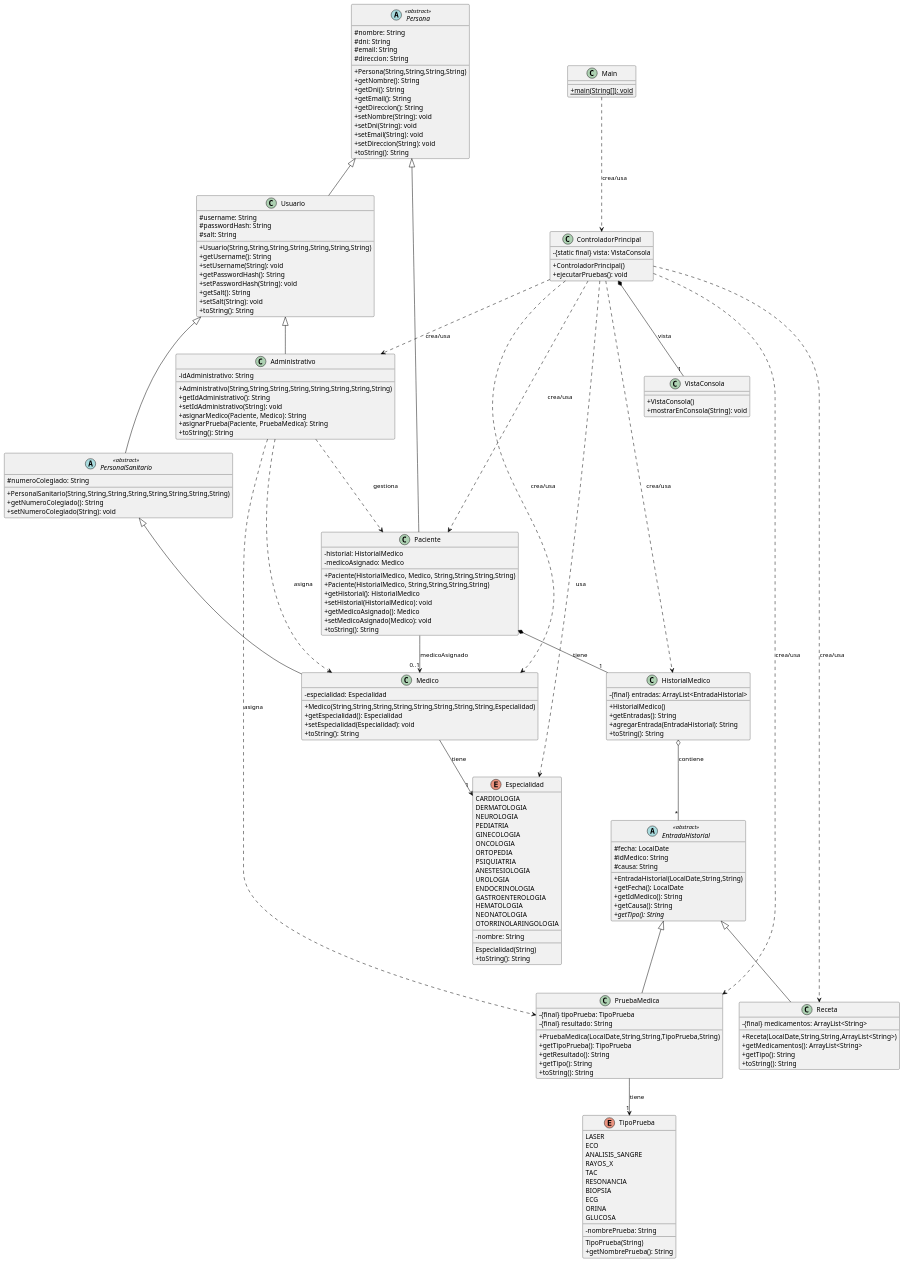
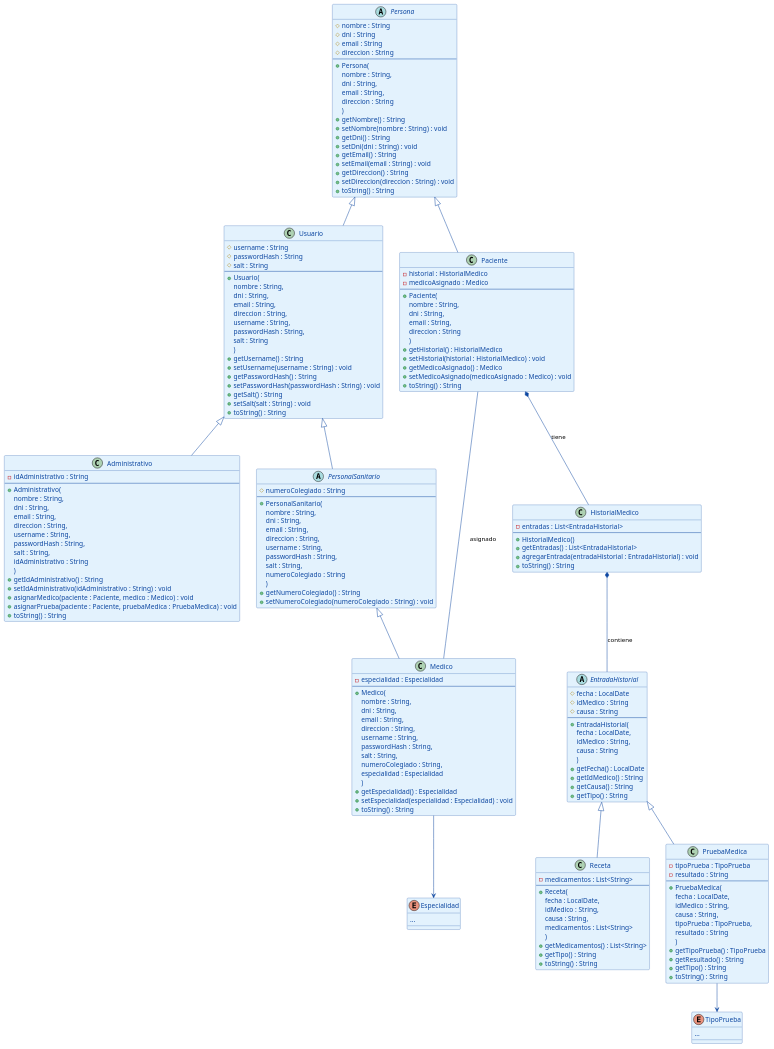
Before and after one commit to NoPinguino/ProyectoSecMed: the diagram in diagrama.puml, drawn with PlantUML.

Commit message:
diagrama.puml actualizado con el contenido de las clases y sus relaciones

```diff
--- a/diagrama.puml
+++ b/diagrama.puml
@@ -1,192 +1,238 @@
-@startuml SecMec
+@startuml
 
-skinparam classAttributeIconSize 0
-skinparam backgroundColor white
+' Estilos globales
 skinparam class {
-    BackgroundColor<<abstract>> #F0F0F0
-    BorderColor #000000
-    ArrowColor #000000
+    BackgroundColor #E3F2FD
+    BorderColor #0D47A1
+    ArrowColor #0D47A1
+    FontName Arial
+    FontSize 14
+    AttributeFontColor #0D47A1
+    MethodFontColor #1565C0
+    Shadowing true
+    Rounded true
+}
+abstract class Persona {
+    # nombre : String
+    # dni : String
+    # email : String
+    # direccion : String
+    --
+    + Persona(
+        nombre : String,
+        dni : String,
+        email : String,
+        direccion : String
+    )
+    + getNombre() : String
+    + setNombre(nombre : String) : void
+    + getDni() : String
+    + setDni(dni : String) : void
+    + getEmail() : String
+    + setEmail(email : String) : void
+    + getDireccion() : String
+    + setDireccion(direccion : String) : void
+    + toString() : String
 }
 
-' ===== CLASES ABSTRACTAS =====
-abstract class Persona <<abstract>> {
-  # nombre: String
-  # dni: String
-  # email: String
-  # direccion: String
-  __
-  + Persona(String,String,String,String)
-  + getNombre(): String
-  + getDni(): String
-  + getEmail(): String
-  + getDireccion(): String
-  + setNombre(String): void
-  + setDni(String): void
-  + setEmail(String): void
-  + setDireccion(String): void
-  + toString(): String
+class Usuario {
+    # username : String
+    # passwordHash : String
+    # salt : String
+    --
+    + Usuario(
+        nombre : String,
+        dni : String,
+        email : String,
+        direccion : String,
+        username : String,
+        passwordHash : String,
+        salt : String
+    )
+    + getUsername() : String
+    + setUsername(username : String) : void
+    + getPasswordHash() : String
+    + setPasswordHash(passwordHash : String) : void
+    + getSalt() : String
+    + setSalt(salt : String) : void
+    + toString() : String
 }
 
-abstract class EntradaHistorial <<abstract>> {
-  # fecha: LocalDate
-  # idMedico: String
-  # causa: String
-  __
-  + EntradaHistorial(LocalDate,String,String)
-  + getFecha(): LocalDate
-  + getIdMedico(): String
-  + getCausa(): String
-  + {abstract} getTipo(): String
+class Paciente {
+    - historial : HistorialMedico
+    - medicoAsignado : Medico
+    --
+    + Paciente(
+        nombre : String,
+        dni : String,
+        email : String,
+        direccion : String
+    )
+    + getHistorial() : HistorialMedico
+    + setHistorial(historial : HistorialMedico) : void
+    + getMedicoAsignado() : Medico
+    + setMedicoAsignado(medicoAsignado : Medico) : void
+    + toString() : String
 }
 
-abstract class PersonalSanitario <<abstract>> {
-  # numeroColegiado: String
-  __
-  + PersonalSanitario(String,String,String,String,String,String,String,String)
-  + getNumeroColegiado(): String
-  + setNumeroColegiado(String): void
+class HistorialMedico {
+    - entradas : List<EntradaHistorial>
+    --
+    + HistorialMedico()
+    + getEntradas() : List<EntradaHistorial>
+    + agregarEntrada(entradaHistorial : EntradaHistorial) : void
+    + toString() : String
 }
 
-' ===== CLASES CONCRETAS - Usuarios =====
-class Usuario {
-  # username: String
-  # passwordHash: String
-  # salt: String
-  __
-  + Usuario(String,String,String,String,String,String,String)
-  + getUsername(): String
-  + setUsername(String): void
-  + getPasswordHash(): String
-  + setPasswordHash(String): void
-  + getSalt(): String
-  + setSalt(String): void
-  + toString(): String
+abstract class EntradaHistorial {
+    # fecha : LocalDate
+    # idMedico : String
+    # causa : String
+    --
+    + EntradaHistorial(
+        fecha : LocalDate,
+        idMedico : String,
+        causa : String
+    )
+    + getFecha() : LocalDate
+    + getIdMedico() : String
+    + getCausa() : String
+    + getTipo() : String
+}
+
+class PruebaMedica {
+    - tipoPrueba : TipoPrueba
+    - resultado : String
+    --
+    + PruebaMedica(
+        fecha : LocalDate,
+        idMedico : String,
+        causa : String,
+        tipoPrueba : TipoPrueba,
+        resultado : String
+    )
+    + getTipoPrueba() : TipoPrueba
+    + getResultado() : String
+    + getTipo() : String
+    + toString() : String
+}
+
+class Receta {
+    - medicamentos : List<String>
+    --
+    + Receta(
+        fecha : LocalDate,
+        idMedico : String,
+        causa : String,
+        medicamentos : List<String>
+    )
+    + getMedicamentos() : List<String>
+    + getTipo() : String
+    + toString() : String
 }
 
 class Administrativo {
-  - idAdministrativo: String
-  __
-  + Administrativo(String,String,String,String,String,String,String,String)
-  + getIdAdministrativo(): String
-  + setIdAdministrativo(String): void
-  + asignarMedico(Paciente, Medico): String
-  + asignarPrueba(Paciente, PruebaMedica): String
-  + toString(): String
+    - idAdministrativo : String
+    --
+    + Administrativo(
+        nombre : String,
+        dni : String,
+        email : String,
+        direccion : String,
+        username : String,
+        passwordHash : String,
+        salt : String,
+        idAdministrativo : String
+    )
+    + getIdAdministrativo() : String
+    + setIdAdministrativo(idAdministrativo : String) : void
+    + asignarMedico(paciente : Paciente, medico : Medico) : void
+    + asignarPrueba(paciente : Paciente, pruebaMedica : PruebaMedica) : void
+    + toString() : String
+}
+
+abstract class PersonalSanitario {
+    # numeroColegiado : String
+    --
+    + PersonalSanitario(
+        nombre : String,
+        dni : String,
+        email : String,
+        direccion : String,
+        username : String,
+        passwordHash : String,
+        salt : String,
+        numeroColegiado : String
+    )
+    + getNumeroColegiado() : String
+    + setNumeroColegiado(numeroColegiado : String) : void
 }
 
 class Medico {
-  - especialidad: Especialidad
-  __
-  + Medico(String,String,String,String,String,String,String,String,Especialidad)
-  + getEspecialidad(): Especialidad
-  + setEspecialidad(Especialidad): void
-  + toString(): String
-}
-
-class Paciente {
-  - historial: HistorialMedico
-  - medicoAsignado: Medico
-  __
-  + Paciente(HistorialMedico, Medico, String,String,String,String)
-  + Paciente(HistorialMedico, String,String,String,String)
-  + getHistorial(): HistorialMedico
-  + setHistorial(HistorialMedico): void
-  + getMedicoAsignado(): Medico
-  + setMedicoAsignado(Medico): void
-  + toString(): String
-}
-
-' ===== HISTORIAL =====
-class HistorialMedico {
-  - {final} entradas: ArrayList<EntradaHistorial>
-  __
-  + HistorialMedico()
-  + getEntradas(): String
-  + agregarEntrada(EntradaHistorial): String
-  + toString(): String
-}
-
-class PruebaMedica {
-  - {final} tipoPrueba: TipoPrueba
-  - {final} resultado: String
-  __
-  + PruebaMedica(LocalDate,String,String,TipoPrueba,String)
-  + getTipoPrueba(): TipoPrueba
-  + getResultado(): String
-  + getTipo(): String
-  + toString(): String
-}
-
-class Receta {
-  - {final} medicamentos: ArrayList<String>
-  __
-  + Receta(LocalDate,String,String,ArrayList<String>)
-  + getMedicamentos(): ArrayList<String>
-  + getTipo(): String
-  + toString(): String
-}
-
-' ===== ENUMERACIONES =====
-enum TipoPrueba {
-  LASER
-  ECO
-  ANALISIS_SANGRE
-  RAYOS_X
-  TAC
-  RESONANCIA
-  BIOPSIA
-  ECG
-  ORINA
-  GLUCOSA
-  __
-  - nombrePrueba: String
-  __
-  TipoPrueba(String)
-  + getNombrePrueba(): String
+    - especialidad : Especialidad
+    --
+    + Medico(
+        nombre : String,
+        dni : String,
+        email : String,
+        direccion : String,
+        username : String,
+        passwordHash : String,
+        salt : String,
+        numeroColegiado : String,
+        especialidad : Especialidad
+    )
+    + getEspecialidad() : Especialidad
+    + setEspecialidad(especialidad : Especialidad) : void
+    + toString() : String
 }
 
 enum Especialidad {
-  CARDIOLOGIA
-  DERMATOLOGIA
-  NEUROLOGIA
-  PEDIATRIA
-  GINECOLOGIA
-  ONCOLOGIA
-  ORTOPEDIA
-  PSIQUIATRIA
-  ANESTESIOLOGIA
-  UROLOGIA
-  ENDOCRINOLOGIA
-  GASTROENTEROLOGIA
-  HEMATOLOGIA
-  NEONATOLOGIA
-  OTORRINOLARINGOLOGIA
-  __
-  - nombre: String
-  __
-  Especialidad(String)
-  + toString(): String
+    ...
 }
 
+' CONSTANTES DEL ENUM:
+/'
+    MEDICINA_FAMILIAR
+    PEDIATRIA
+    CARDIOLOGIA
+    NEUROLOGIA
+    DERMATOLOGIA
+    PSIQUIATRIA
+    GINECOLOGIA
+    TRAUMATOLOGIA
+    OFTALMOLOGIA
+    OTORRINOLARINGOLOGIA
+    ENDOCRINOLOGIA
+    NEFROLOGIA
+    NEUMOLOGIA
+    ONCOLOGIA
+    REUMATOLOGIA
+    GASTROENTEROLOGIA
+    UROLOGIA
+    CIRUGIA_GENERAL
+    ANESTESIOLOGIA
+    RADIOLOGIA
+'/
 
-' ===== CLASES MVC =====
-class Main {
-  + {static} main(String[]): void
+enum TipoPrueba {
+    ...
 }
 
-class ControladorPrincipal {
-  - {static final} vista: VistaConsola
-  __
-  + ControladorPrincipal()
-  + ejecutarPruebas(): void
-}
+' CONSTANTES DEL ENUM:
+/'
+    ANALISIS_SANGRE
+    ANALISIS_ORINA
+    RADIOGRAFIA
+    RESONANCIA
+    ECOGRAFIA
+    ELECTROCARDIOGRAMA
+    TEST_ALERGIAS
+    PRUEBA_ESFUERZO
+    ENDOSCOPIA
+'/
 
-class VistaConsola {
-  + VistaConsola()
-  + mostrarEnConsola(String): void
-}
-
-' ===== HERENCIAS =====
+' RELACIONES DE HERENCIA:
 Persona <|-- Usuario
 Persona <|-- Paciente
 Usuario <|-- Administrativo
@@ -194,28 +240,12 @@
 PersonalSanitario <|-- Medico
 EntradaHistorial <|-- PruebaMedica
 EntradaHistorial <|-- Receta
-
-' ===== RELACIONES =====
-Paciente *-- "1" HistorialMedico : tiene
-Paciente --> "0..1" Medico : medicoAsignado
-HistorialMedico o-- "*" EntradaHistorial : contiene
-Medico --> "1" Especialidad : tiene
-PruebaMedica --> "1" TipoPrueba : tiene
-
-' Dependencias
-Administrativo ..> Paciente : gestiona
-Administrativo ..> Medico : asigna
-Administrativo ..> PruebaMedica : asigna
-
-ControladorPrincipal *-- "1" VistaConsola : vista
-ControladorPrincipal ..> Medico : crea/usa
-ControladorPrincipal ..> Administrativo : crea/usa
-ControladorPrincipal ..> Paciente : crea/usa
-ControladorPrincipal ..> PruebaMedica : crea/usa
-ControladorPrincipal ..> Receta : crea/usa
-ControladorPrincipal ..> HistorialMedico : crea/usa
-ControladorPrincipal ..> Especialidad : usa
-
-Main ..> ControladorPrincipal : crea/usa
+' RELACIONES DE COMPOSICIÓN / AGREGACIÓN:
+Paciente *-- HistorialMedico : tiene
+Paciente -- Medico : asignado
+HistorialMedico *-- EntradaHistorial : contiene
+' ENUMS:
+Medico --> Especialidad
+PruebaMedica --> TipoPrueba
 
 @enduml
```
